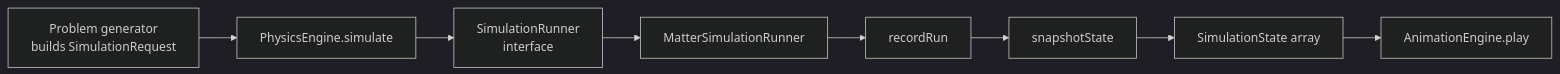
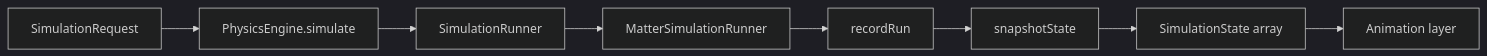
One commit to itsgeorgema/cse110-project-team3 changed the diagram in docs/physics-simulation.md. Above: the diagram before and after it, drawn with Mermaid (dark theme). The commit also changed other lines of this file and 1 other file, not shown here.

Commit message:
Add docs/physics-simulation to docs/README.me and revise docs to follow rules

````diff
--- a/docs/physics-simulation.md
+++ b/docs/physics-simulation.md
@@ -11,10 +15,10 @@
 ```mermaid
 flowchart LR
-  A[Problem generator<br/>builds SimulationRequest] --> B[PhysicsEngine.simulate]
-  B --> C[SimulationRunner<br/>interface]
+  A[SimulationRequest] --> B[PhysicsEngine.simulate]
+  B --> C[SimulationRunner]
   C --> D[MatterSimulationRunner]
   D --> E[recordRun]
   E --> F[snapshotState]
   F --> G[SimulationState array]
-  G --> H[AnimationEngine.play]
+  G --> H[Animation layer]
 ```
````
